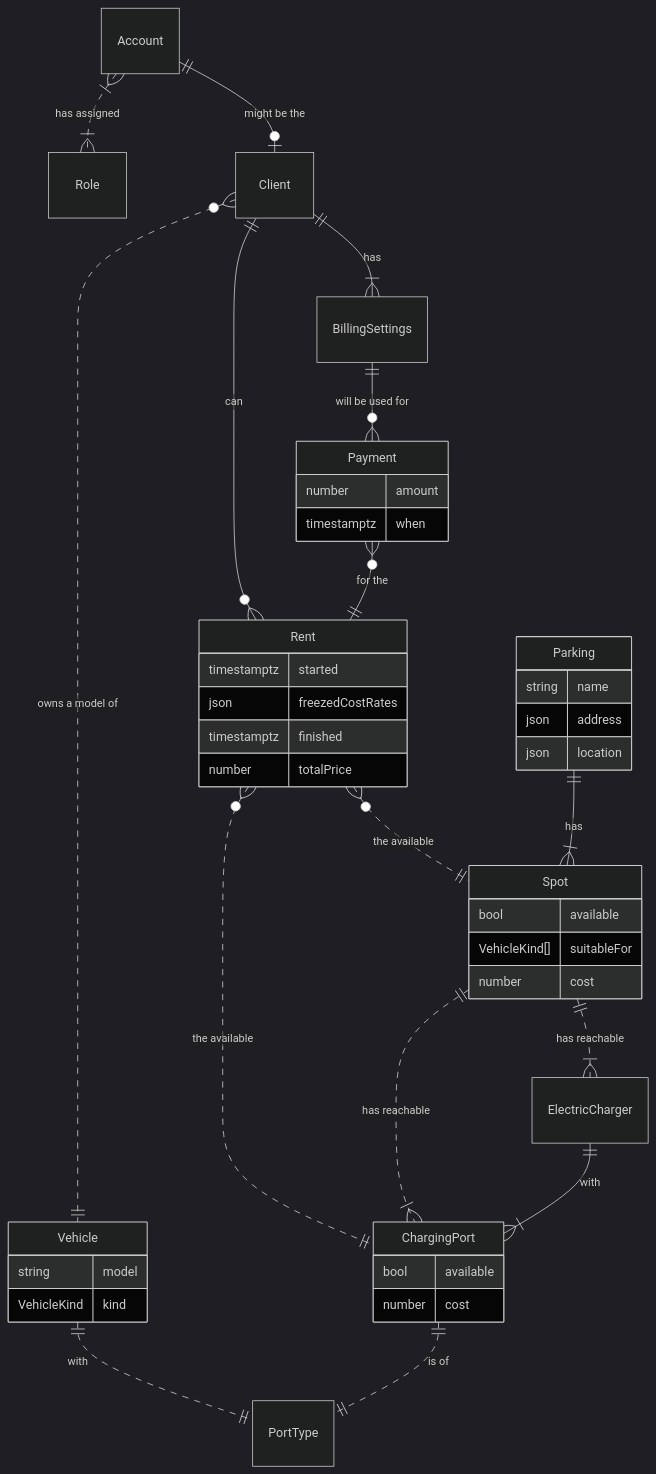
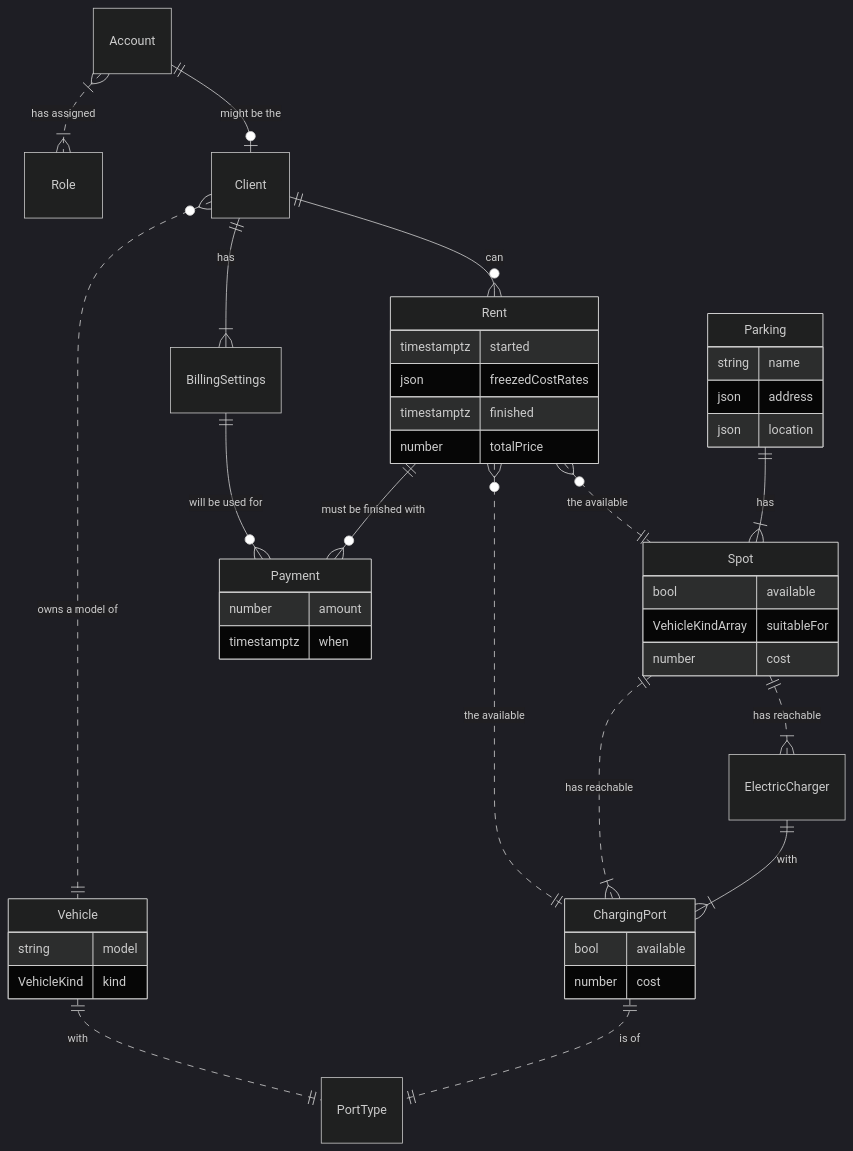
The second of 3 diagrams in JavaScript/d-tasks2-messenger/README.md (KLarpen/metatech-university-NodeJS2022-homework), drawn with Mermaid (dark theme) before and after one commit. The commit also changed other lines of this file and 1 other file, not shown here.

Commit message:
Fix Mermaid ERD syntax to conform with GitHub capabilities

````diff
--- a/JavaScript/d-tasks2-messenger/README.md
+++ b/JavaScript/d-tasks2-messenger/README.md
@@ -29,49 +29,49 @@
 ```mermaid
 erDiagram
   Account }|..|{ Role : "has assigned"
   Account ||--o| Client : "might be the"
   Client ||--|{ BillingSettings : has
   Client }o..|| Vehicle : "owns a model of"
   Vehicle ||..|| PortType : with
 
   Rent }o..|| Spot : "the available"
   Rent }o..|| ChargingPort : "the available"
   Client ||--o{ Rent : can
   BillingSettings ||--o{ Payment : "will be used for"
-  Payment }o--|| Rent  : "for the"
+  Rent ||--o{ Payment : "must be finished with"
 
   Parking ||--|{ Spot : has
   Spot ||..|{ ElectricCharger : "has reachable"
   Spot ||..|{ ChargingPort : "has reachable"
   ElectricCharger ||--|{ ChargingPort : with
   ChargingPort ||..|| PortType : "is of"
 
   Vehicle {
     string model
     VehicleKind kind
   }
   Parking {
     string name
     json address
     json location
   }
   Spot {
     bool available
-    VehicleKind[] suitableFor
+    VehicleKindArray suitableFor
     number cost
   }
   ChargingPort {
     bool available
     number cost
   }
   Rent {
     timestamptz started
     json freezedCostRates
     timestamptz finished
     number totalPrice
   }
   Payment {
     number amount
     timestamptz when
   }
 ```
````
